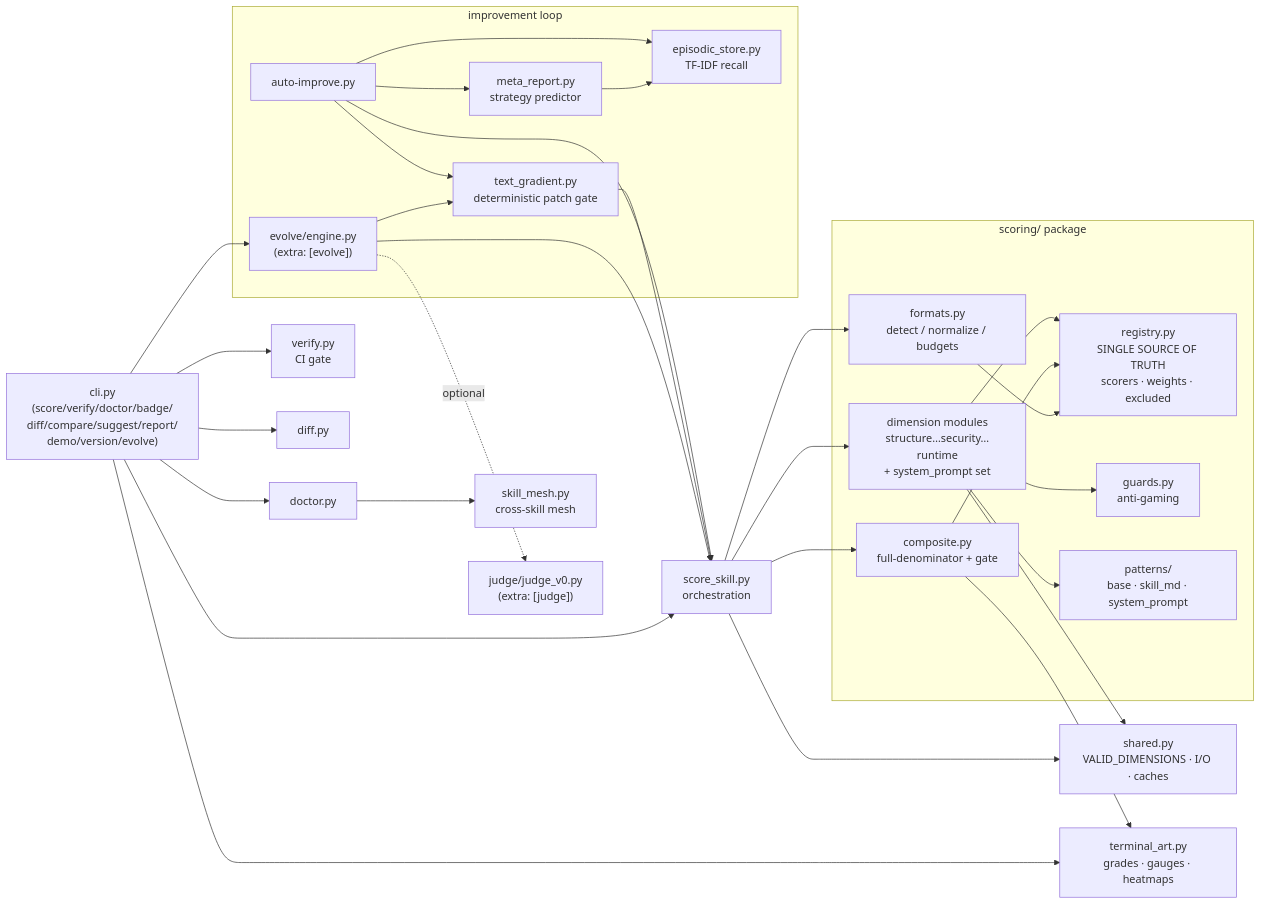
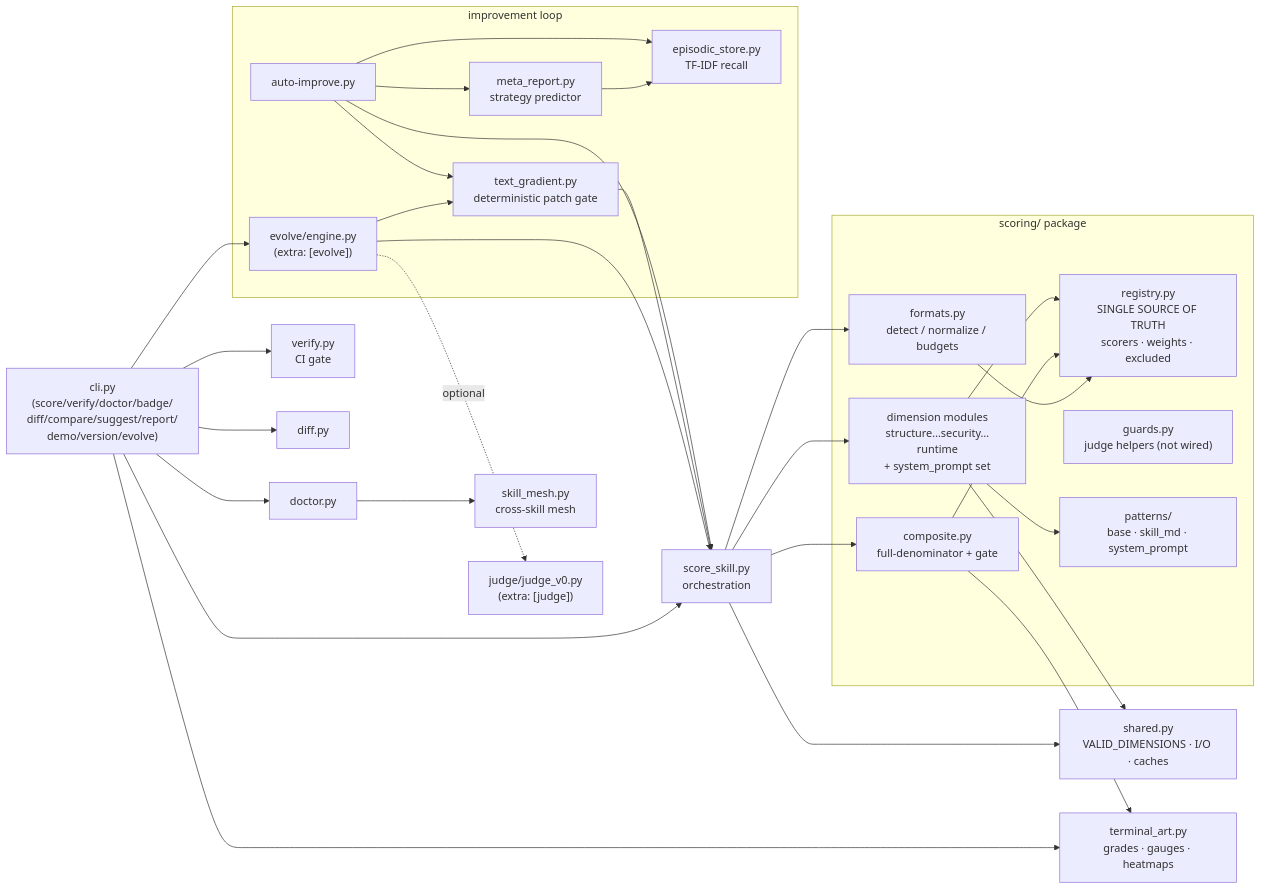
The second of 2 diagrams in docs/ARCHITECTURE.md (Zandereins/schliff), drawn with Mermaid before and after one commit. The commit also changed other lines of this file and 6 other files, not shown here.

First line of the commit message:
docs: disclose two known gaming limits and correct anti-gaming attribution (#256)

````diff
--- a/docs/ARCHITECTURE.md
+++ b/docs/ARCHITECTURE.md
@@ -280,57 +281,56 @@
 ```mermaid
 flowchart LR
     CLI["cli.py<br/>(score/verify/doctor/badge/<br/>diff/compare/suggest/report/<br/>demo/version/evolve)"]
 
     subgraph core["scoring/ package"]
         REG["registry.py<br/>SINGLE SOURCE OF TRUTH<br/>scorers · weights · excluded"]
         COMP["composite.py<br/>full-denominator + gate"]
         FMT["formats.py<br/>detect / normalize / budgets"]
         DIMS["dimension modules<br/>structure…security…runtime<br/>+ system_prompt set"]
-        GUARDS["guards.py<br/>anti-gaming"]
+        GUARDS["guards.py<br/>judge helpers (not wired)"]
         PAT["patterns/<br/>base · skill_md · system_prompt"]
     end
 
     ORCH["score_skill.py<br/>orchestration"]
     SHARED["shared.py<br/>VALID_DIMENSIONS · I/O · caches"]
     ART["terminal_art.py<br/>grades · gauges · heatmaps"]
 
     CLI --> ORCH
     ORCH --> FMT
     ORCH --> DIMS
     ORCH --> COMP
     DIMS --> REG
-    DIMS --> GUARDS
     DIMS --> PAT
     DIMS --> SHARED
     COMP --> REG
     FMT --> REG
     ORCH --> SHARED
     CLI --> ART
     COMP --> ART
 
     CLI --> VERIFY["verify.py<br/>CI gate"]
     CLI --> DOCTOR["doctor.py"]
     DOCTOR --> MESH["skill_mesh.py<br/>cross-skill mesh"]
     CLI --> DIFF["diff.py"]
 
     subgraph loop["improvement loop"]
         AUTO["auto-improve.py"]
         GRAD["text_gradient.py<br/>deterministic patch gate"]
         EVO["evolve/engine.py<br/>(extra: [evolve])"]
         EPI["episodic_store.py<br/>TF-IDF recall"]
         META["meta_report.py<br/>strategy predictor"]
     end
 
     AUTO --> ORCH
     AUTO --> GRAD
     GRAD --> ORCH
     CLI --> EVO
     EVO --> ORCH
     EVO --> GRAD
     AUTO --> EPI
     AUTO --> META
     META --> EPI
 
     JUDGE["judge/judge_v0.py<br/>(extra: [judge])"]
     EVO -.optional.-> JUDGE
 ```
````
